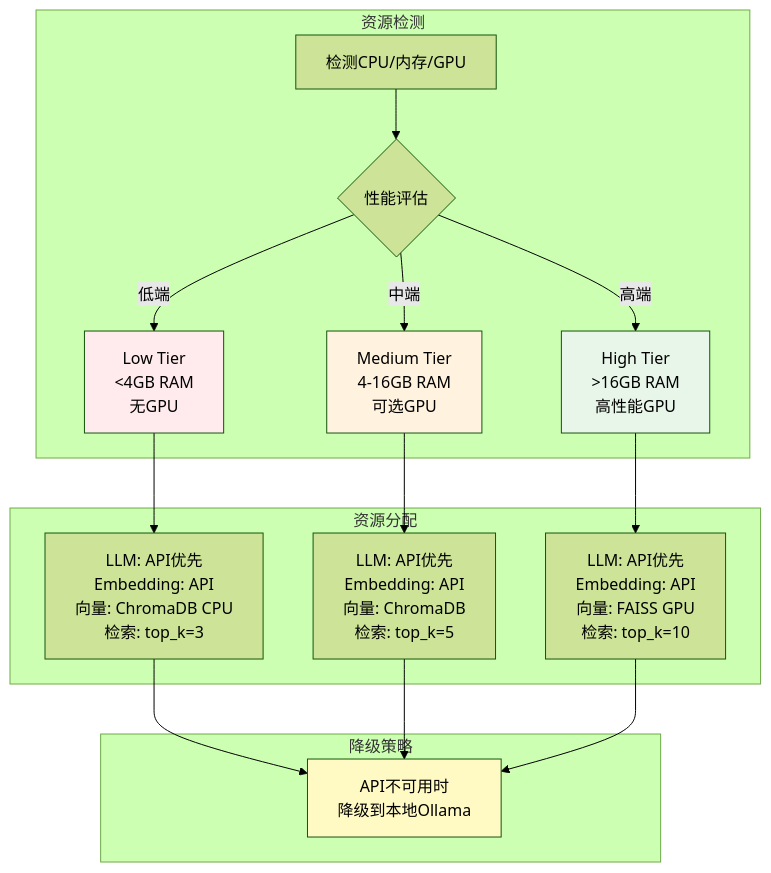
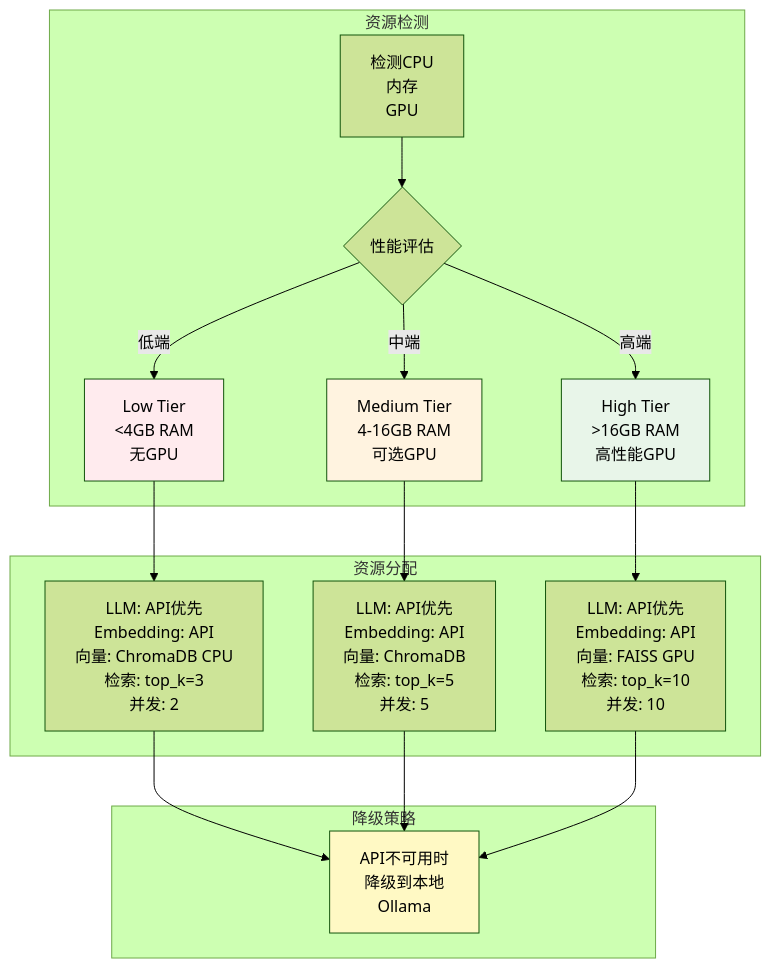
The sixth of 8 diagrams in docs/future-architecture-2025.md (sunflowermm/XRK-AGT), drawn with Mermaid (forest theme) before and after one commit. The commit also changed other lines of this file, not shown here.

````diff
--- a/docs/future-architecture-2025.md
+++ b/docs/future-architecture-2025.md
@@ -920,26 +920,26 @@
 ```mermaid
 graph TB
     subgraph Detection["资源检测"]
-        A["检测CPU/内存/GPU"] --> B{"性能评估"}
+        A["检测CPU<br/>内存<br/>GPU"] --> B{"性能评估"}
         B -->|低端| C["Low Tier<br/><4GB RAM<br/>无GPU"]
         B -->|中端| D["Medium Tier<br/>4-16GB RAM<br/>可选GPU"]
         B -->|高端| E["High Tier<br/>>16GB RAM<br/>高性能GPU"]
     end
     
     subgraph Allocation["资源分配"]
-        C --> F["LLM: API优先<br/>Embedding: API<br/>向量: ChromaDB CPU<br/>检索: top_k=3"]
-        D --> G["LLM: API优先<br/>Embedding: API<br/>向量: ChromaDB<br/>检索: top_k=5"]
-        E --> H["LLM: API优先<br/>Embedding: API<br/>向量: FAISS GPU<br/>检索: top_k=10"]
+        C --> F["LLM: API优先<br/>Embedding: API<br/>向量: ChromaDB CPU<br/>检索: top_k=3<br/>并发: 2"]
+        D --> G["LLM: API优先<br/>Embedding: API<br/>向量: ChromaDB<br/>检索: top_k=5<br/>并发: 5"]
+        E --> H["LLM: API优先<br/>Embedding: API<br/>向量: FAISS GPU<br/>检索: top_k=10<br/>并发: 10"]
     end
     
     subgraph Fallback["降级策略"]
-        F --> I["API不可用时<br/>降级到本地Ollama"]
+        F --> I["API不可用时<br/>降级到本地<br/>Ollama"]
         G --> I
         H --> I
     end
     
     style C fill:#ffebee
     style D fill:#fff3e0
     style E fill:#e8f5e9
     style I fill:#fff9c4
 ```
````
